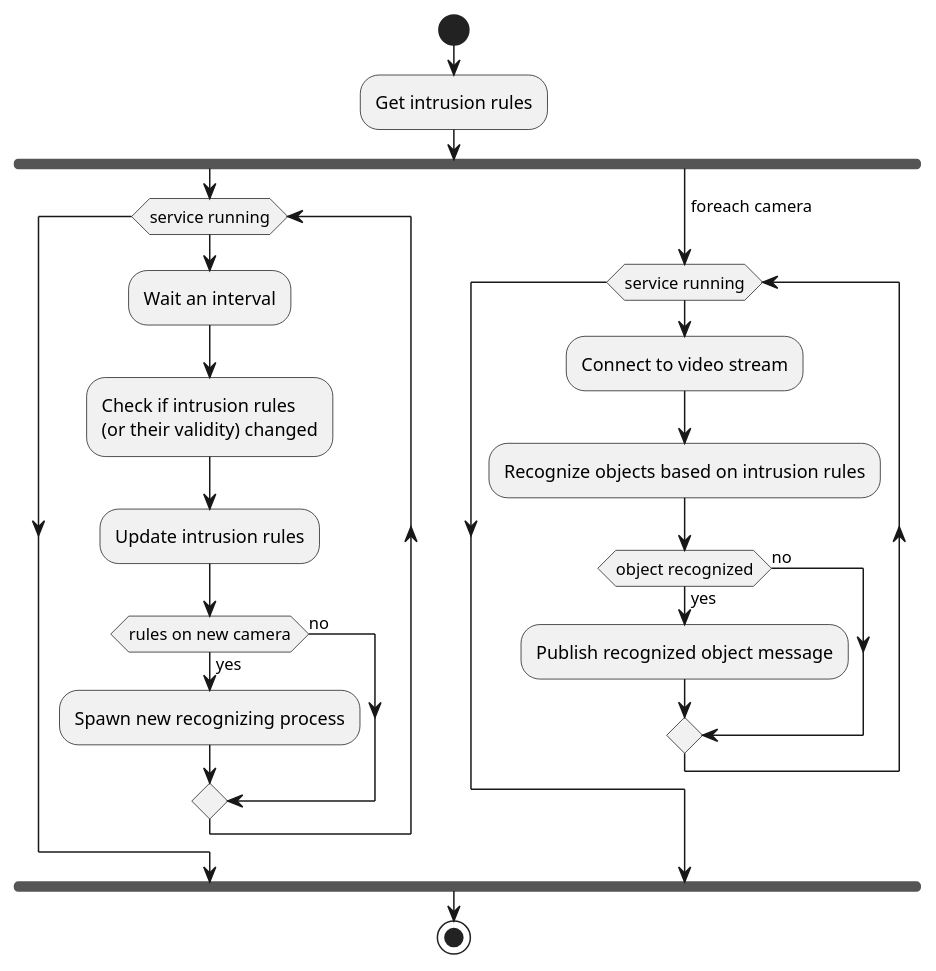
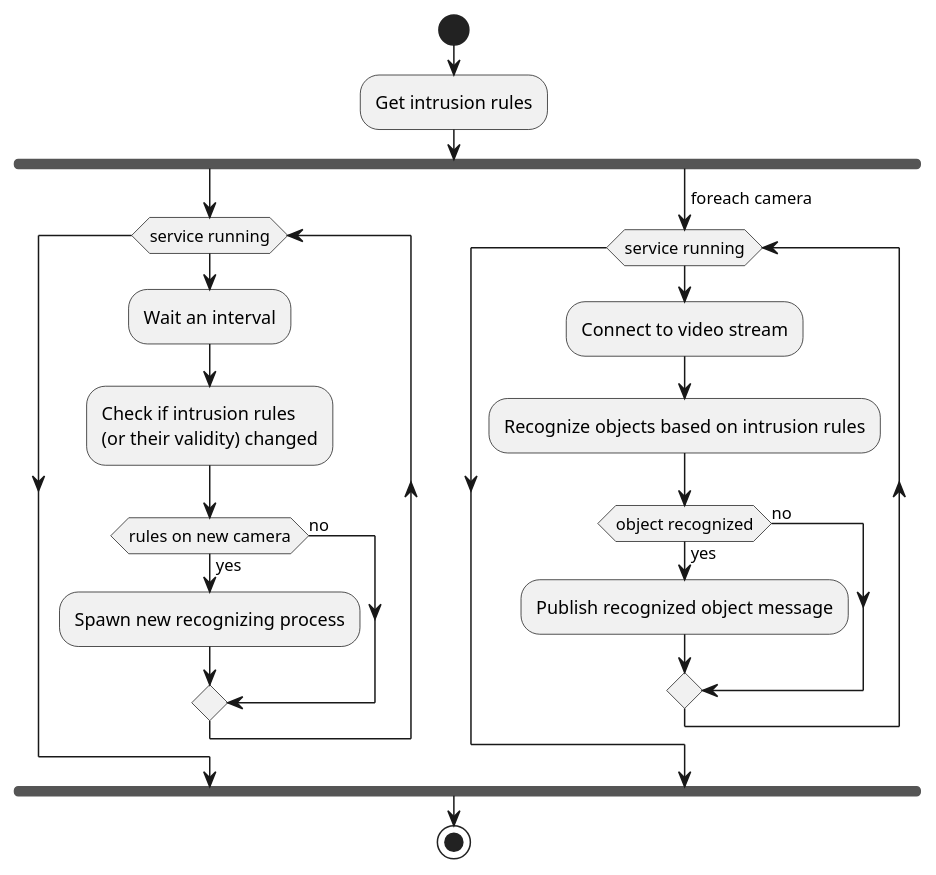
Before and after one commit to revue-org/revue: the diagram in docs/uml/activity/RecognitionActivity.plantuml, drawn with PlantUML. The commit also changed 1 other file, not shown here.

Commit message:
docs: add alarm activity diagram

```diff
--- a/docs/uml/activity/RecognitionActivity.plantuml
+++ b/docs/uml/activity/RecognitionActivity.plantuml
@@ -1,32 +1,31 @@
 @startuml
 
 start
 :Get intrusion rules;
 
 fork
     while (service running)
         :Wait an interval;
         :Check if intrusion rules
         (or their validity) changed;
-        :Update intrusion rules;
         if (rules on new camera) then (yes)
             :Spawn new recognizing process;
         else (no)
         endif
     endwhile
 
 fork again
     ->foreach camera;
     while (service running)
         :Connect to video stream;
         :Recognize objects based on intrusion rules;
 
         if (object recognized) then (yes)
             :Publish recognized object message;
         else (no)
         endif
     endwhile
 
 endfork
 stop
 @enduml
```
